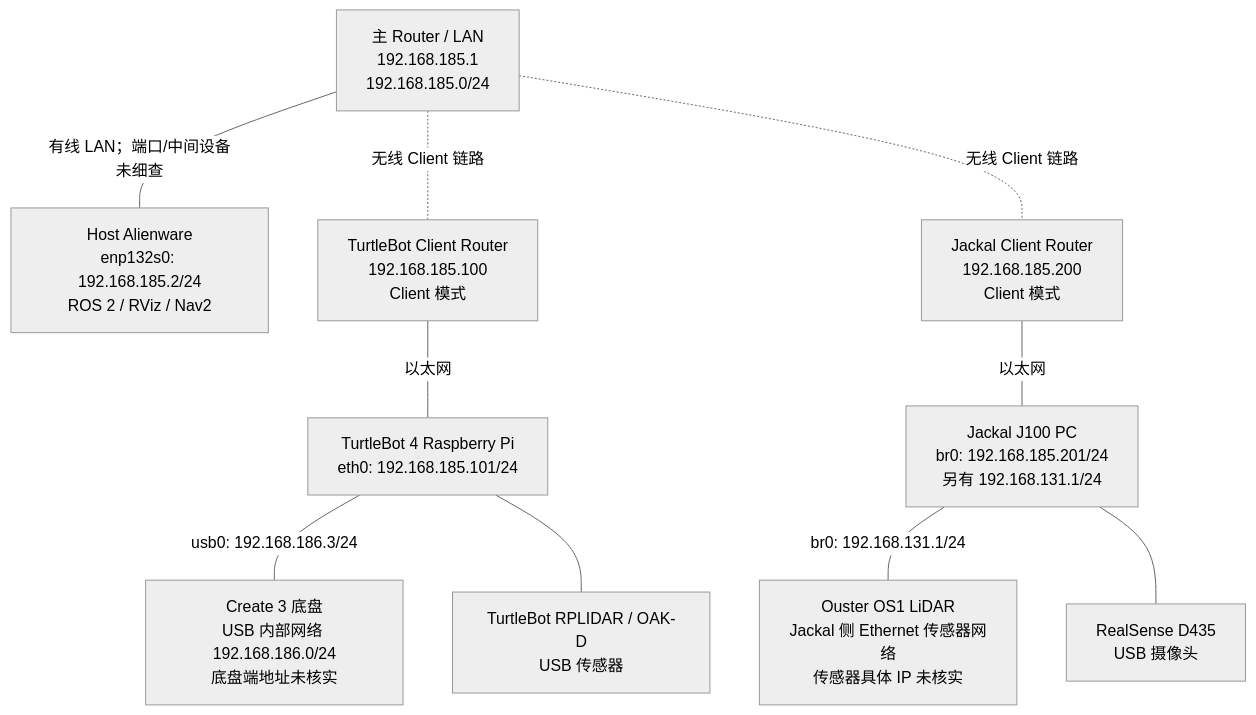
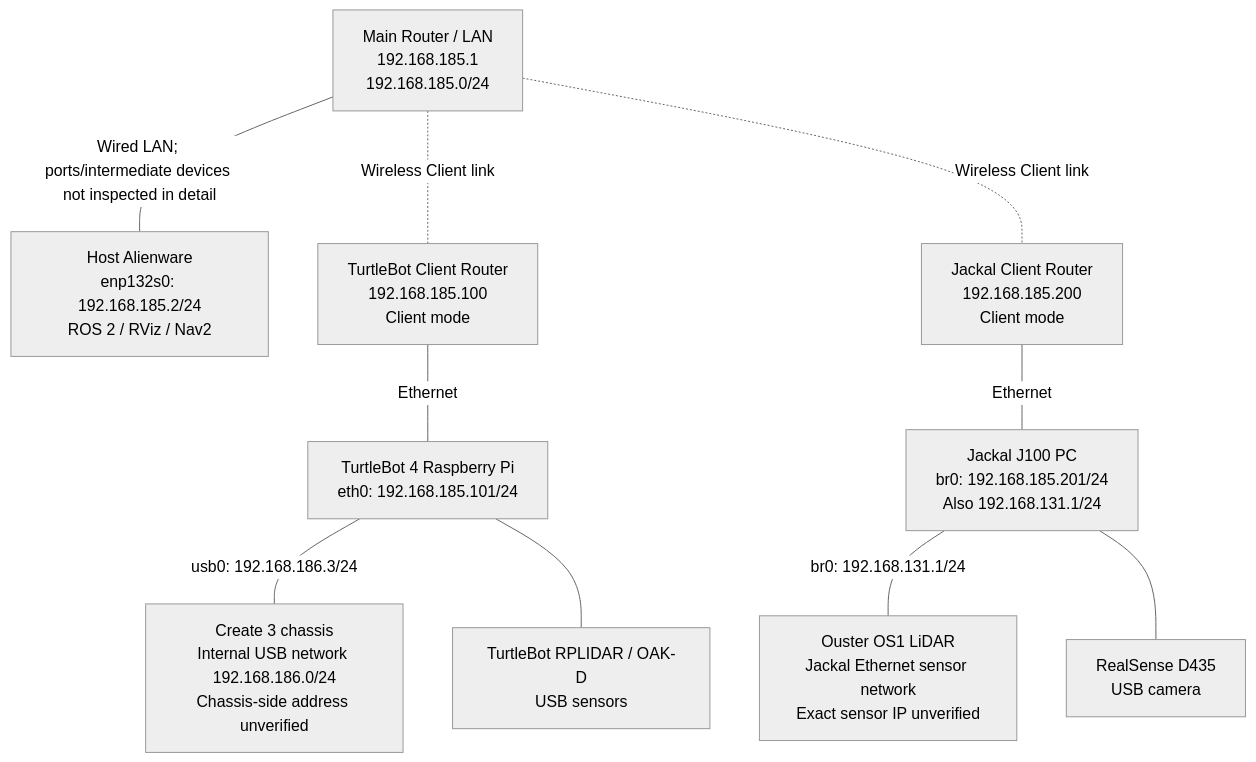
Before and after one commit to Ruibin2000/Jackal_Turtlebot_Platform: the diagram in Docs/ROS2_Multi_Robot_Network_Topology_2026-10-09.md, drawn with Mermaid (neutral theme). The commit also changed other lines of this file and 170 other files, not shown here.

````diff
--- a/Docs/ROS2_Multi_Robot_Network_Topology_2026-10-09.md
+++ b/Docs/ROS2_Multi_Robot_Network_Topology_2026-10-09.md
@@ -11,22 +11,22 @@
 ```mermaid
 flowchart TB
-  MAIN["主 Router / LAN\n192.168.185.1\n192.168.185.0/24"]
+  MAIN["Main Router / LAN\n192.168.185.1\n192.168.185.0/24"]
   HOST["Host Alienware\nenp132s0: 192.168.185.2/24\nROS 2 / RViz / Nav2"]
-  TBR["TurtleBot Client Router\n192.168.185.100\nClient 模式"]
-  JR["Jackal Client Router\n192.168.185.200\nClient 模式"]
+  TBR["TurtleBot Client Router\n192.168.185.100\nClient mode"]
+  JR["Jackal Client Router\n192.168.185.200\nClient mode"]
   TB["TurtleBot 4 Raspberry Pi\neth0: 192.168.185.101/24"]
-  J["Jackal J100 PC\nbr0: 192.168.185.201/24\n另有 192.168.131.1/24"]
-  C3["Create 3 底盘\nUSB 内部网络 192.168.186.0/24\n底盘端地址未核实"]
-  TBUSB["TurtleBot RPLIDAR / OAK-D\nUSB 传感器"]
-  OUSTER["Ouster OS1 LiDAR\nJackal 侧 Ethernet 传感器网络\n传感器具体 IP 未核实"]
-  D435["RealSense D435\nUSB 摄像头"]
-  MAIN ---|"有线 LAN；端口/中间设备未细查"| HOST
-  MAIN -.-|"无线 Client 链路"| TBR
-  MAIN -.-|"无线 Client 链路"| JR
-  TBR ---|"以太网"| TB
-  JR ---|"以太网"| J
+  J["Jackal J100 PC\nbr0: 192.168.185.201/24\nAlso 192.168.131.1/24"]
+  C3["Create 3 chassis\nInternal USB network 192.168.186.0/24\nChassis-side address unverified"]
+  TBUSB["TurtleBot RPLIDAR / OAK-D\nUSB sensors"]
+  OUSTER["Ouster OS1 LiDAR\nJackal Ethernet sensor network\nExact sensor IP unverified"]
+  D435["RealSense D435\nUSB camera"]
+  MAIN ---|"Wired LAN; ports/intermediate devices not inspected in detail"| HOST
+  MAIN -.-|"Wireless Client link"| TBR
+  MAIN -.-|"Wireless Client link"| JR
+  TBR ---|"Ethernet"| TB
+  JR ---|"Ethernet"| J
   TB ---|"usb0: 192.168.186.3/24"| C3
   TB --- TBUSB
   J ---|"br0: 192.168.131.1/24"| OUSTER
   J --- D435
 ```
````
